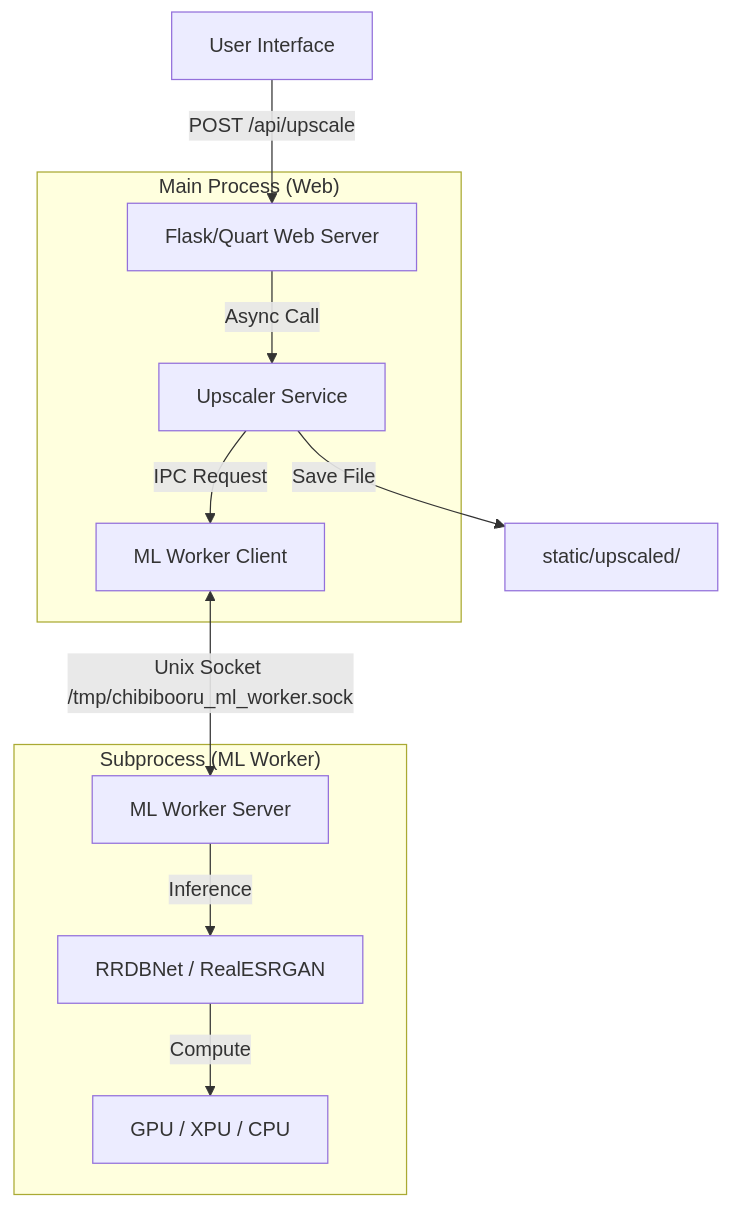
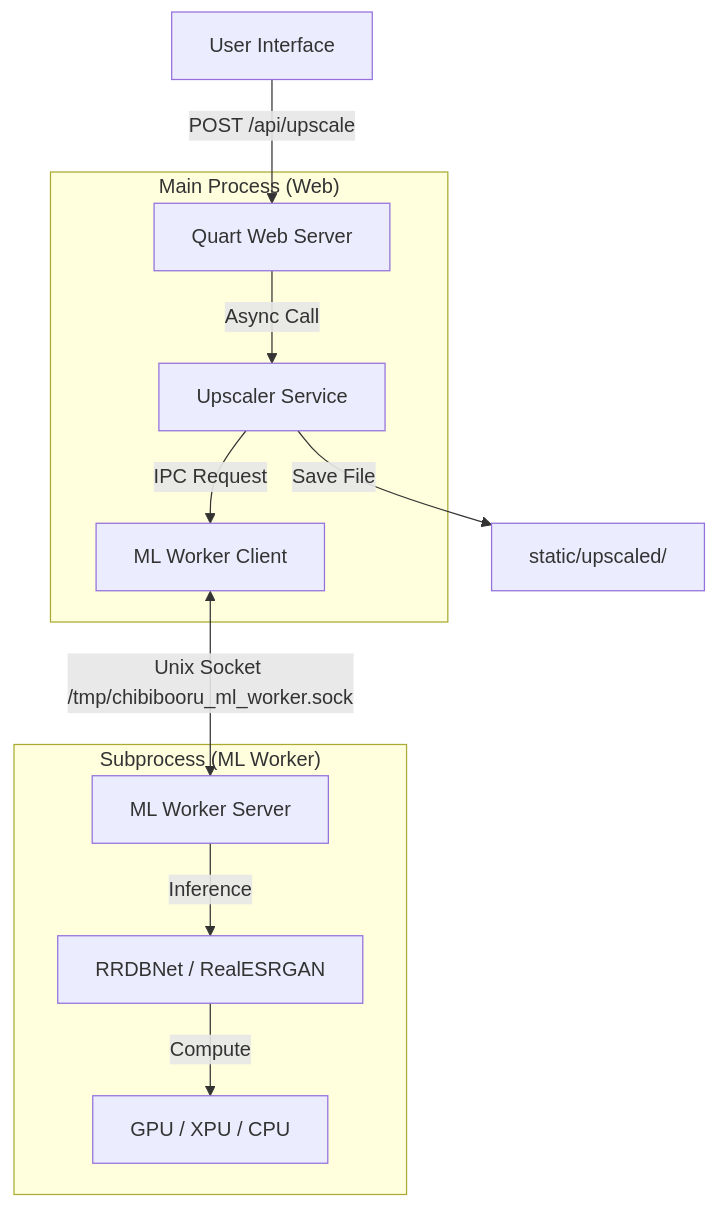
The diagram in docs/UPSCALER_OVERVIEW.md (kooten111/ChibiBooru), drawn with Mermaid before and after one commit. The commit also changed other lines of this file and 13 other files, not shown here.

````diff
--- a/docs/UPSCALER_OVERVIEW.md
+++ b/docs/UPSCALER_OVERVIEW.md
@@ -16,24 +16,24 @@
 ```mermaid
 graph TD
-    User[User Interface] -->|POST /api/upscale| API[Flask/Quart Web Server]
+    User[User Interface] -->|POST /api/upscale| API[Quart Web Server]
     API -->|Async Call| Service[Upscaler Service]
     Service -->|IPC Request| Client[ML Worker Client]
     
     subgraph "Main Process (Web)"
         API
         Service
         Client
     end
     
     subgraph "Subprocess (ML Worker)"
         Server[ML Worker Server]
         Model[RRDBNet / RealESRGAN]
         GPU[GPU / XPU / CPU]
     end
     
     Client <-->|Unix Socket /tmp/chibibooru_ml_worker.sock| Server
     Server -->|Inference| Model
     Model -->|Compute| GPU
     
     Service -->|Save File| Storage[static/upscaled/]
 ```
````
